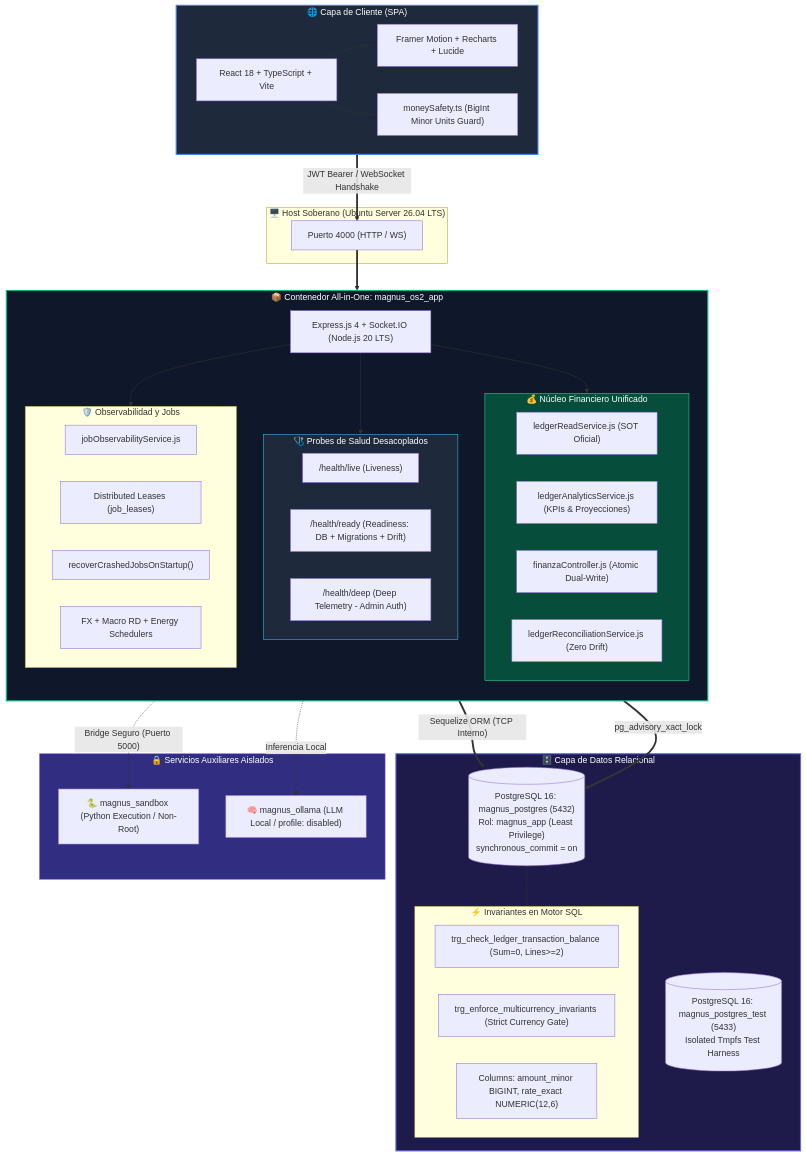
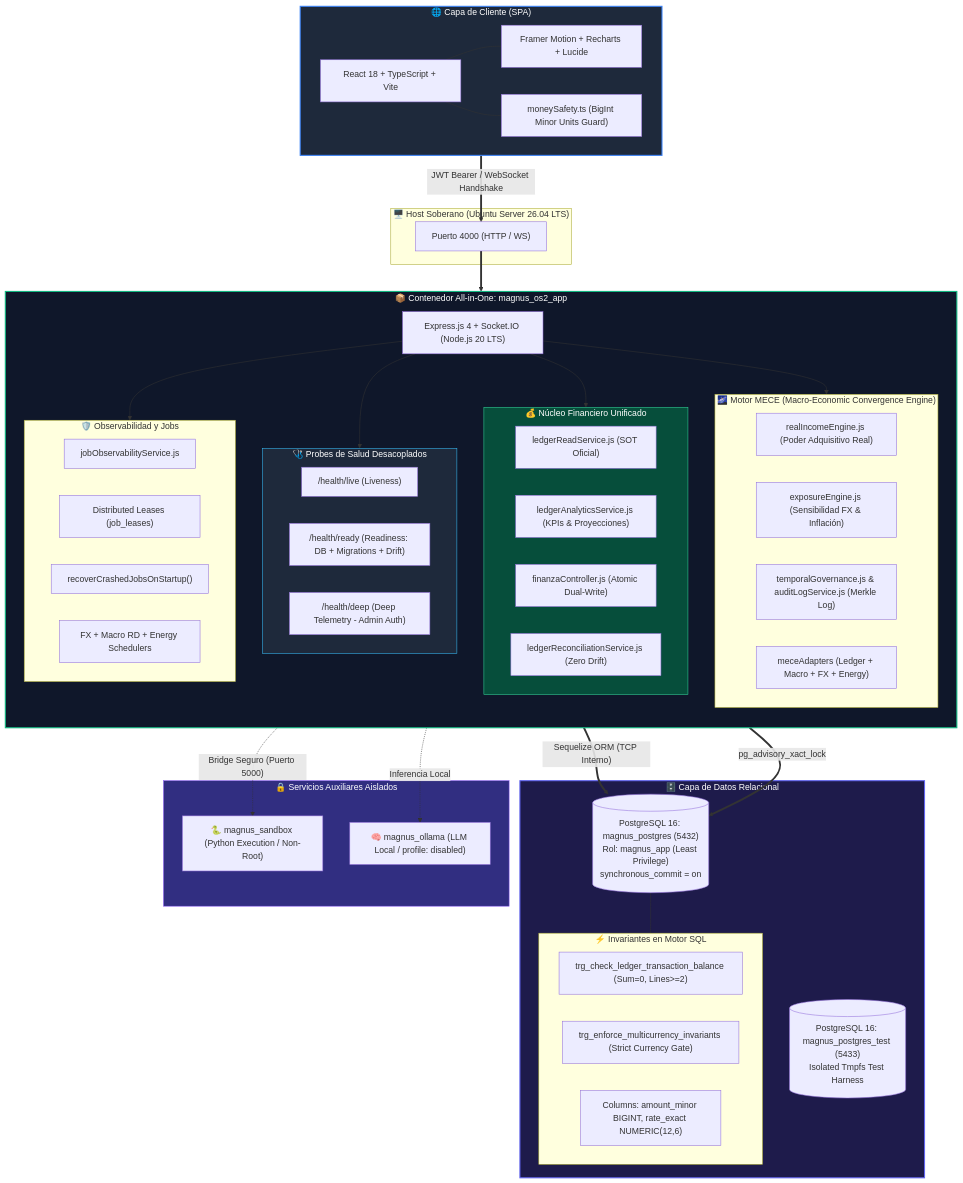
Before and after one commit to YoxeLaunch/MagnusOS2: the first of 5 diagrams in README.md, drawn with Mermaid. The commit also changed other lines of this file, not shown here.

Commit message:
docs: document MECE Phase 1C engine, sidebar navigation update, and Magnus Financial Systems landing

```diff
--- a/README.md
+++ b/README.md
@@ -71,6 +72,13 @@
             Reconciler["ledgerReconciliationService.js (Zero Drift)"]
         end
 
+        subgraph MECE ["🌌 Motor MECE (Macro-Economic Convergence Engine)"]
+            RealIncome["realIncomeEngine.js (Poder Adquisitivo Real)"]
+            Exposure["exposureEngine.js (Sensibilidad FX & Inflación)"]
+            Governance["temporalGovernance.js & auditLogService.js (Merkle Log)"]
+            Adapters["meceAdapters (Ledger + Macro + FX + Energy)"]
+        end
+
         subgraph Resilience ["🛡️ Observabilidad y Jobs"]
             JobEngine["jobObservabilityService.js"]
             LeaseLock["Distributed Leases (job_leases)"]
@@ -80,6 +88,7 @@
 
         Server --> Probes
         Server --> CoreEngine
+        Server --> MECE
         Server --> Resilience
     end
 
```
